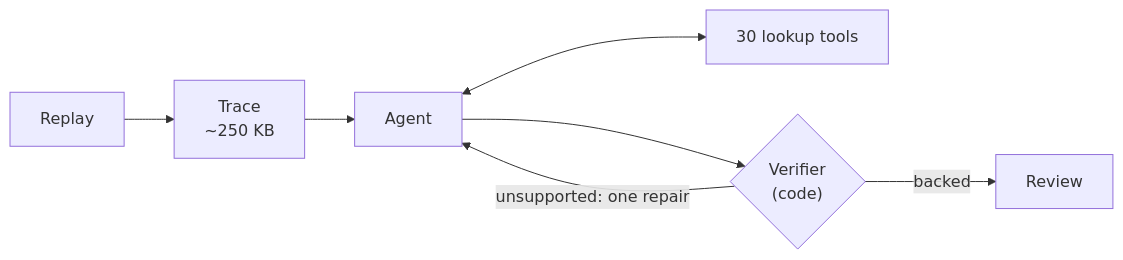
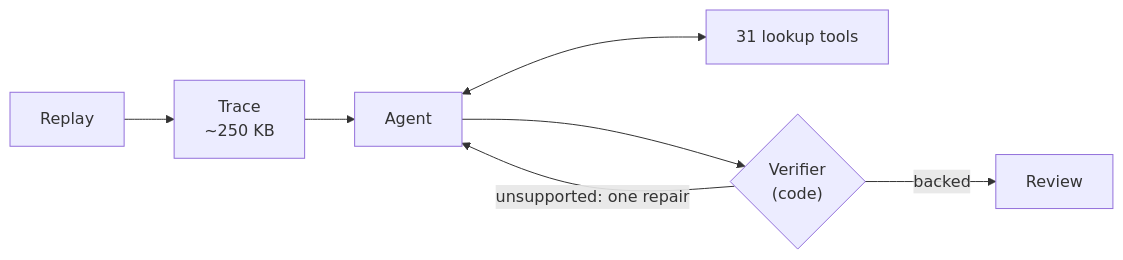
Before and after one commit to qianhaoq/dota2.ai: the diagram in README.md, drawn with Mermaid. The commit also changed other lines of this file and 13 other files, not shown here.

````diff
--- a/README.md
+++ b/README.md
@@ -101,9 +101,9 @@
 ```mermaid
 flowchart LR
     R["Replay"] --> T["Trace<br/>~250 KB"]
     T --> A["Agent"]
-    A <--> L["30 lookup tools"]
+    A <--> L["31 lookup tools"]
     A --> V{"Verifier<br/>(code)"}
     V -- "unsupported: one repair" --> A
     V -- "backed" --> D["Review"]
 ```
````
